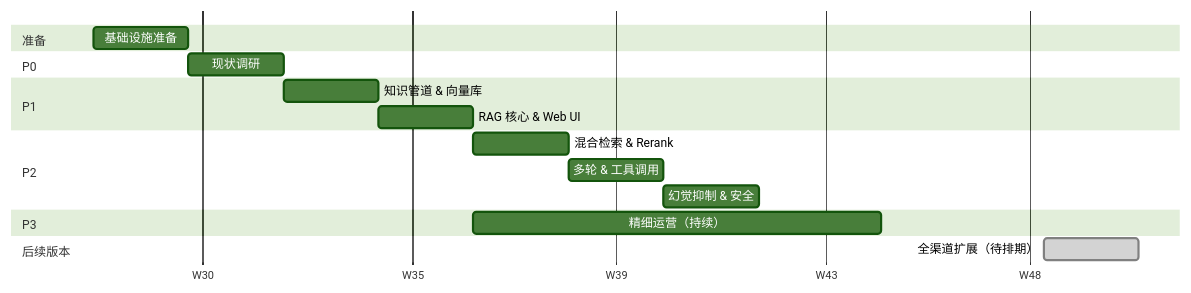
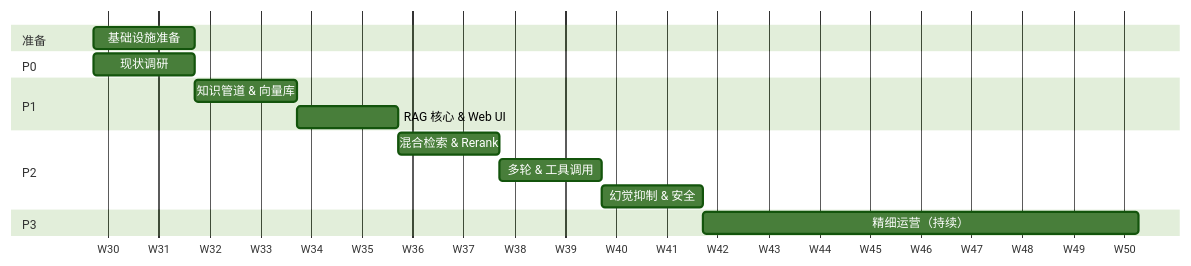
The first of 2 diagrams in doc/plan.md (meteorion/verity), drawn with Mermaid (forest theme) before and after one commit. The commit also changed other lines of this file and 26 other files, not shown here.

````diff
--- a/doc/plan.md
+++ b/doc/plan.md
@@ -25,20 +26,18 @@
 ```mermaid
 gantt
     dateFormat  YYYY-MM-DD
     axisFormat  W%W
     section 准备
-    基础设施准备        :infra,  2026-07-16, 14d
+    基础设施准备        :infra,  2026-07-31, 14d
     section P0
-    现状调研            :p0,     2026-07-30, 14d
+    现状调研            :p0,     2026-07-31, 14d
     section P1
-    知识管道 & 向量库   :p1a,    2026-08-13, 14d
+    知识管道 & 向量库   :p1a,    after p0,   14d
     RAG 核心 & Web UI   :p1b,    after p1a,  14d
     section P2
-    混合检索 & Rerank   :p2a,    2026-09-10, 14d
+    混合检索 & Rerank   :p2a,    after p1b,  14d
     多轮 & 工具调用     :p2b,    after p2a,  14d
     幻觉抑制 & 安全     :p2c,    after p2b,  14d
     section P3
-    精细运营（持续）    :p3,     2026-09-10, 60d
-    section 后续版本
-    全渠道扩展（待排期）:done,   p4,  2026-12-03, 14d
+    精细运营（持续）    :p3,     after p2c,  60d
 ```
````
